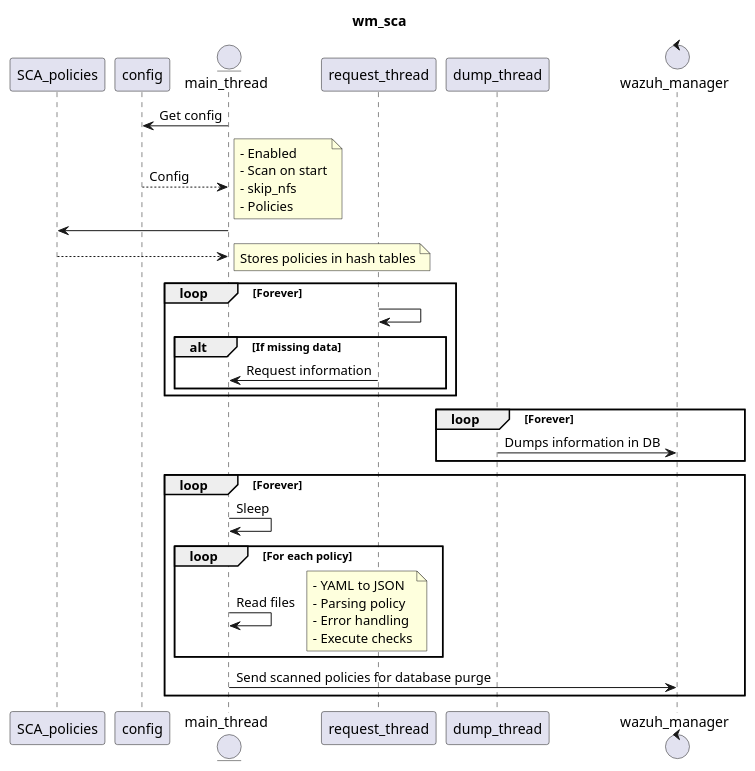
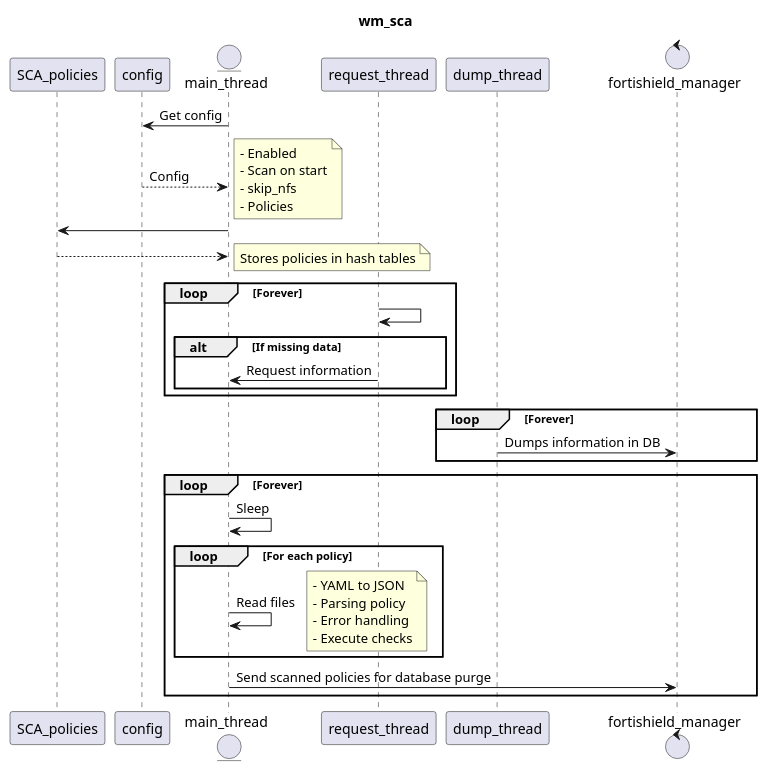
One commit to FortiShield/FortiShield changed the diagram in architecture/wm_sca/001-sequence.puml. Above: the diagram before and after it, drawn with PlantUML. The commit also changed other lines of this file and 1785 other files, not shown here.

```diff
--- a/architecture/wm_sca/001-sequence.puml
+++ b/architecture/wm_sca/001-sequence.puml
@@ -5,51 +5,51 @@
 @startuml
 title wm_sca
 
 participant SCA_policies 
 participant config
 entity main_thread
 participant request_thread
 participant dump_thread
-control wazuh_manager
+control fortishield_manager
 
 main_thread -> config : Get config
 config --> main_thread : Config
 note right
     - Enabled
     - Scan on start
     - skip_nfs
     - Policies
 end note
 
 main_thread -> SCA_policies
 SCA_policies --> main_thread
 note right
     Stores policies in hash tables
 end note
 
 loop Forever
     request_thread -> request_thread
     alt If missing data
         request_thread -> main_thread: Request information
     end
 end
 
 loop Forever
-    dump_thread -> wazuh_manager: Dumps information in DB
+    dump_thread -> fortishield_manager: Dumps information in DB
 end
 
 loop Forever
     main_thread -> main_thread: Sleep
         loop For each policy
             main_thread -> main_thread: Read files
             note right
                  - YAML to JSON
                  - Parsing policy
                  - Error handling
                  - Execute checks
             end note
         end
-    main_thread -> wazuh_manager: Send scanned policies for database purge
+    main_thread -> fortishield_manager: Send scanned policies for database purge
 end
 
 @enduml
```
